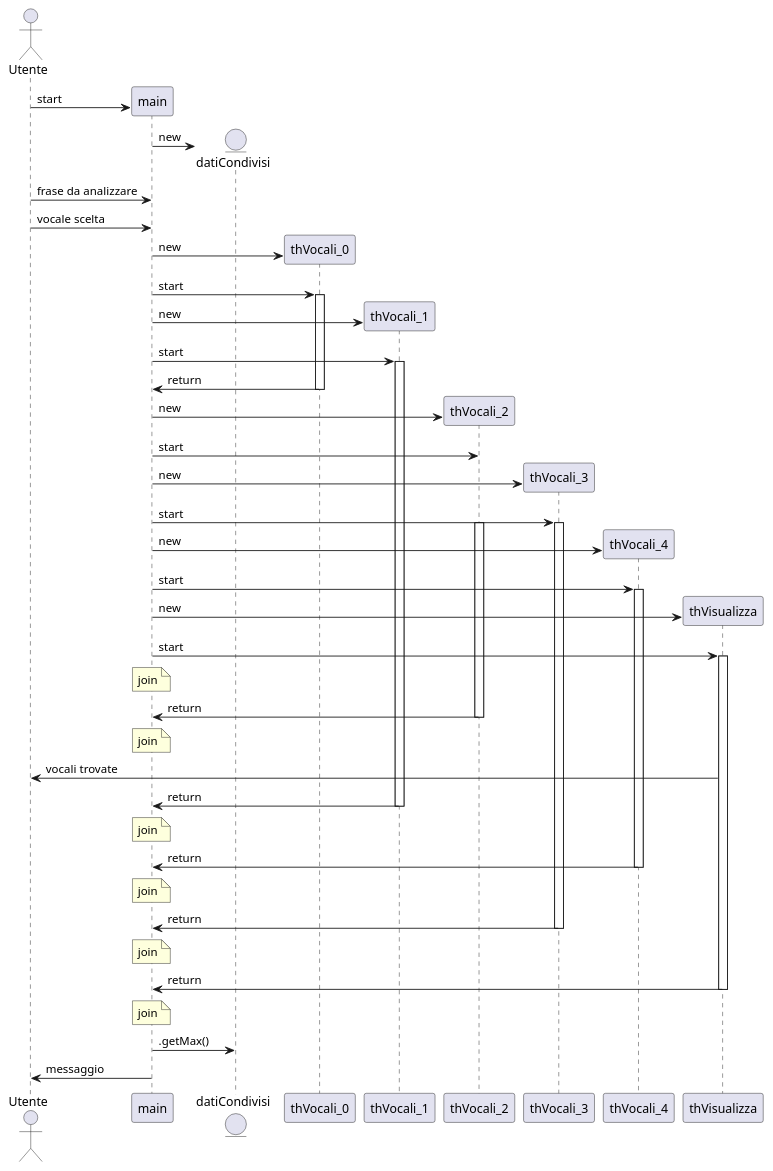
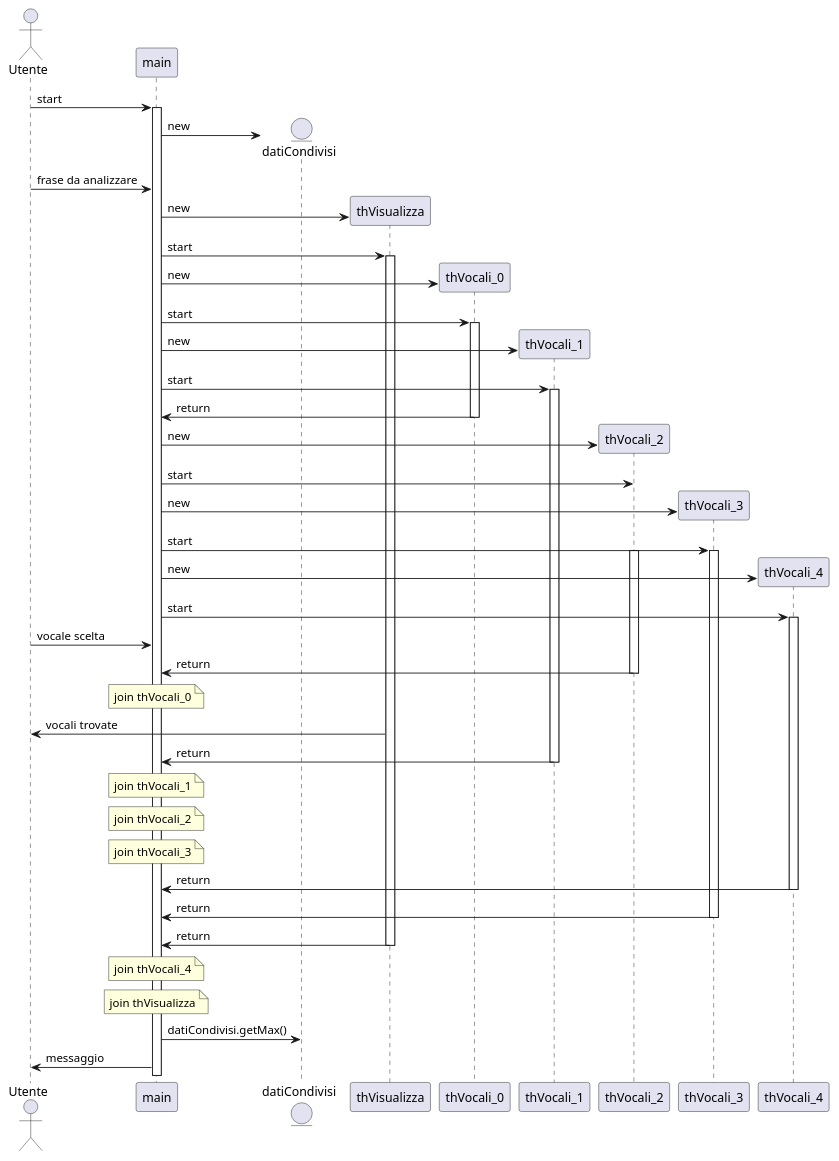
Before and after one commit to jack96489/ThreadExamples: the diagram in CercaVocali/CercaVocali.puml, drawn with PlantUML.

```diff
--- a/CercaVocali/CercaVocali.puml
+++ b/CercaVocali/CercaVocali.puml
@@ -1,53 +1,56 @@
 @startuml
 actor Utente
 participant main
 entity datiCondivisi
 
-Utente -> main ** : start
+Utente -> main ++ : start
+
 main -> datiCondivisi ** : new
 Utente -> main : frase da analizzare
-Utente -> main : vocale scelta
+main -> thVisualizza ** : new
+main -> thVisualizza ++ : start
 main -> thVocali_0 ** : new
 main -> thVocali_0 ++ : start
 main -> thVocali_1 ** : new
 main -> thVocali_1 ++ : start
 
-thVocali_0 -> main : return
-deactivate thVocali_0
+thVocali_0 -> main -- : return
 
 main -> thVocali_2 ** : new
 main -> thVocali_2 : start
 main -> thVocali_3 ** : new
 main -> thVocali_3 ++ : start
 activate thVocali_2
 main -> thVocali_4 ** : new
 main -> thVocali_4 ++ : start
-main -> thVisualizza ** : new
-main -> thVisualizza ++ : start
 
-note over main : join
+Utente -> main : vocale scelta
+
+
 thVocali_2 -> main : return
 deactivate thVocali_2
-note over main : join
+note over main : join thVocali_0
 
 thVisualizza -> Utente : vocali trovate
 
 thVocali_1 -> main : return
 deactivate thVocali_1
-note over main : join
+note over main : join thVocali_1
+note over main : join thVocali_2
+note over main : join thVocali_3
+
 
 thVocali_4 -> main : return
 deactivate thVocali_4
-note over main : join
 
 thVocali_3 -> main : return
 deactivate thVocali_3
-note over main : join
 
 thVisualizza -> main : return
 deactivate thVisualizza
-note over main : join
+note over main : join thVocali_4
+note over main : join thVisualizza
 
-main -> datiCondivisi : .getMax()
+main -> datiCondivisi : datiCondivisi.getMax()
 main -> Utente : messaggio
 @enduml
```
